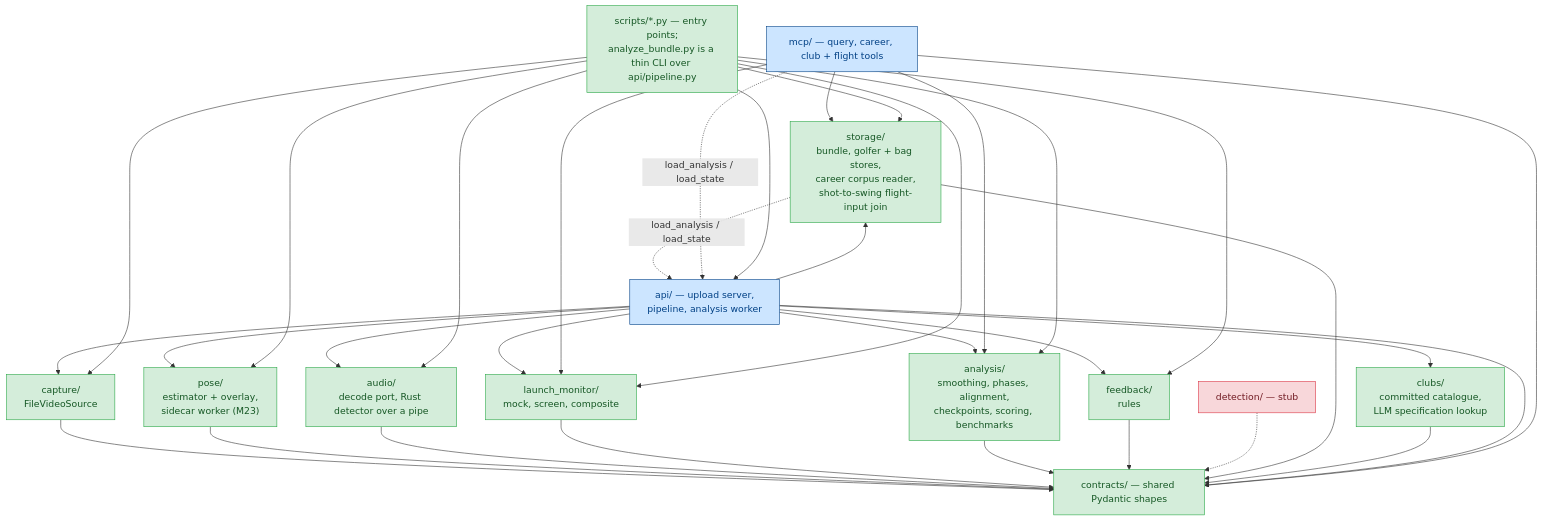
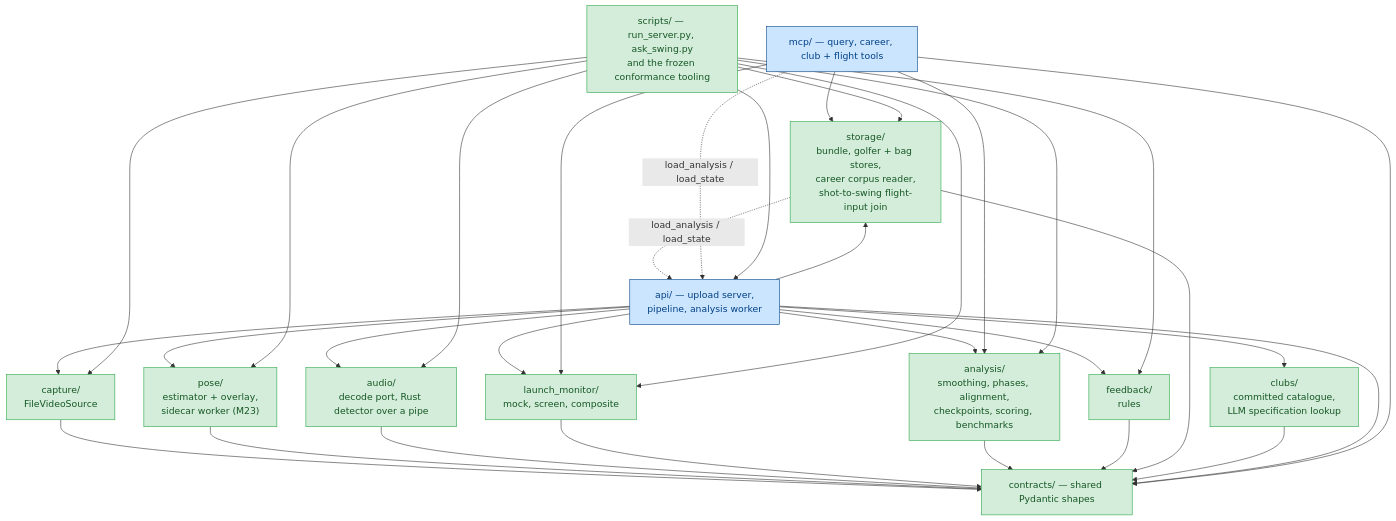
One commit to MildTreeRat/golf-coach changed the second of 3 diagrams in docs/ARCHITECTURE.md. Above: the diagram before and after it, drawn with Mermaid. The commit also changed other lines of this file and 410 other files, not shown here.

````diff
--- a/docs/ARCHITECTURE.md
+++ b/docs/ARCHITECTURE.md
@@ -395,49 +489,47 @@
 ```mermaid
 flowchart TD
     C["contracts/ — shared Pydantic shapes"]
 
     CAP["capture/<br/>FileVideoSource"] --> C
     POSE["pose/<br/>estimator + overlay,<br/>sidecar worker (M23)"] --> C
     AUD["audio/<br/>decode port, Rust detector over a pipe"] --> C
     LMM["launch_monitor/<br/>mock, screen, composite"] --> C
     ANA["analysis/<br/>smoothing, phases, alignment,<br/>checkpoints, scoring, benchmarks"] --> C
     FB["feedback/<br/>rules"] --> C
-    DET["detection/ — stub"] -.-> C
     STO["storage/<br/>bundle, golfer + bag stores,<br/>career corpus reader,<br/>shot-to-swing flight-input join"] --> C
     CLB["clubs/<br/>committed catalogue,<br/>LLM specification lookup"] --> C
 
     API["api/ — upload server,<br/>pipeline, analysis worker"] --> C
     MCP["mcp/ — query, career, club + flight tools"] --> C
 
     API --> CAP
     API --> POSE
     API --> AUD
     API --> ANA
     API --> FB
     API --> LMM
     API --> STO
     API --> CLB
 
     MCP --> ANA
     MCP --> STO
     MCP --> LMM
 
     STO -. "load_analysis / load_state" .-> API
     MCP -. "load_analysis / load_state" .-> API
 
-    CLI["scripts/*.py — entry points;<br/>analyze_bundle.py is a thin CLI over api/pipeline.py"] --> API
+    CLI["scripts/ — run_server.py, ask_swing.py<br/>and the frozen conformance tooling"] --> API
     CLI --> CAP
     CLI --> POSE
     CLI --> AUD
     CLI --> ANA
     CLI --> FB
     CLI --> LMM
     CLI --> STO
 
     classDef built fill:#d4edda,stroke:#28a745,color:#155724;
     classDef stub fill:#f8d7da,stroke:#dc3545,color:#721c24;
     classDef shell fill:#cce5ff,stroke:#004085,color:#004085;
     class C,CAP,POSE,AUD,LMM,ANA,FB,CLI,STO,CLB built;
     class API,MCP shell;
-    class DET stub;
 ```
````
